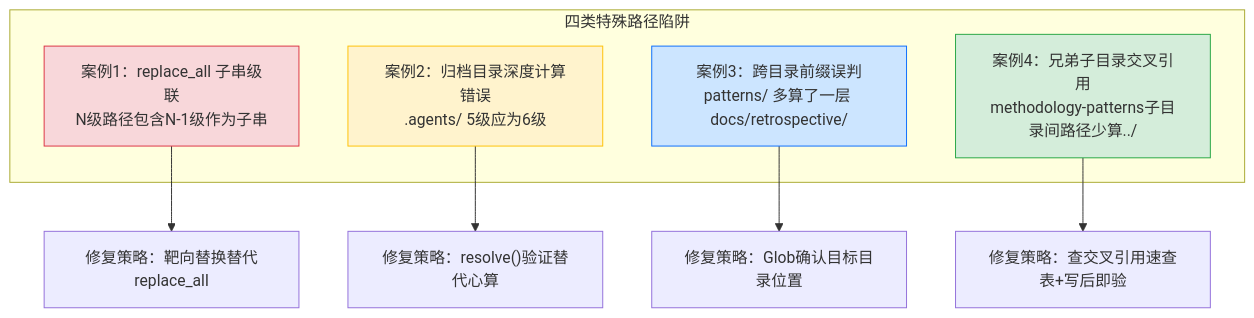
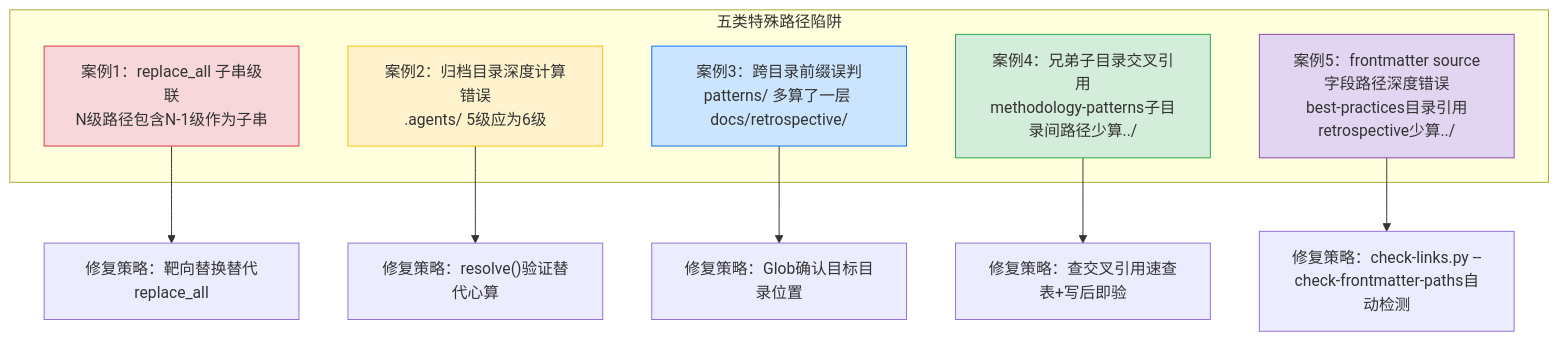
Before and after one commit to xinetzone/SpecWeave: the diagram in docs/retrospective/patterns/methodology-patterns/tools-automation/relative-path-pitfalls.md, drawn with Mermaid. The commit also changed other lines of this file and 14 other files, not shown here.

````diff
--- a/docs/retrospective/patterns/methodology-patterns/tools-automation/relative-path-pitfalls.md
+++ b/docs/retrospective/patterns/methodology-patterns/tools-automation/relative-path-pitfalls.md
@@ -27,17 +28,20 @@
 ```mermaid
 flowchart TD
-    subgraph PITFALLS ["四类特殊路径陷阱"]
+    subgraph PITFALLS ["五类特殊路径陷阱"]
         P1["案例1：replace_all 子串级联<br/>N级路径包含N-1级作为子串"]
         P2["案例2：归档目录深度计算错误<br/>.agents/ 5级应为6级"]
         P3["案例3：跨目录前缀误判<br/>patterns/ 多算了一层 docs/retrospective/"]
         P4["案例4：兄弟子目录交叉引用<br/>methodology-patterns子目录间路径少算../"]
+        P5["案例5：frontmatter source字段路径深度错误<br/>best-practices目录引用retrospective少算../"]
     end
     P1 --> F1["修复策略：靶向替换替代replace_all"]
     P2 --> F2["修复策略：resolve()验证替代心算"]
     P3 --> F3["修复策略：Glob确认目标目录位置"]
     P4 --> F4["修复策略：查交叉引用速查表+写后即验"]
+    P5 --> F5["修复策略：check-links.py --check-frontmatter-paths自动检测"]
     style P1 fill:#f8d7da,stroke:#dc3545
     style P2 fill:#fff3cd,stroke:#ffc107
     style P3 fill:#cce5ff,stroke:#0d6efd
     style P4 fill:#d4edda,stroke:#28a745
+    style P5 fill:#e2d5f1,stroke:#8e44ad
 ```
````
